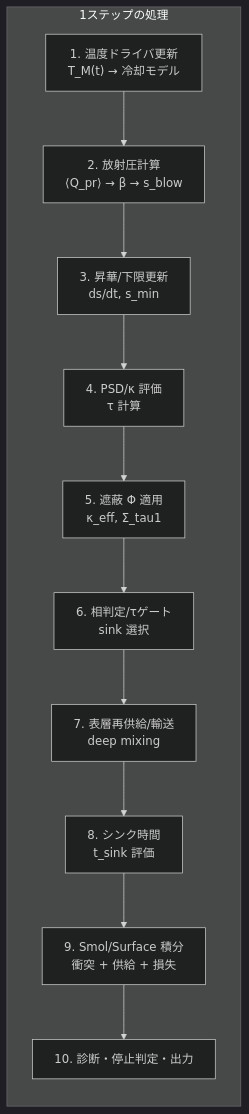
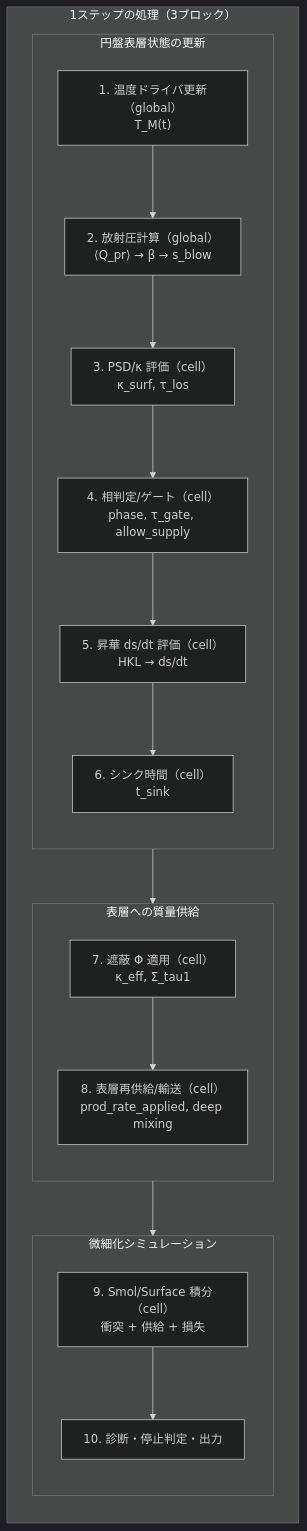
The second of 8 diagrams in analysis/thesis/methods.md (Einfeld686/MarsDiskSimulation), drawn with Mermaid (dark theme) before and after one commit. The commit also changed other lines of this file and 7 other files, not shown here.

Commit message:
docs(thesis): refine methods flow and run_sweep tables

````diff
--- a/analysis/thesis/methods.md
+++ b/analysis/thesis/methods.md
@@ -291,20 +292,30 @@
 ```mermaid
 flowchart LR
-    subgraph STEP["1ステップの処理"]
+    subgraph STEP["1ステップの処理（3ブロック）"]
         direction TB
-        
-        S1["1. 温度ドライバ更新<br/>T_M(t) → 冷却モデル"]
-        S2["2. 放射圧計算<br/>⟨Q_pr⟩ → β → s_blow"]
-        S3["3. 昇華/下限更新<br/>ds/dt, s_min"]
-        S4["4. PSD/κ 評価<br/>τ 計算"]
-        S5["5. 遮蔽 Φ 適用<br/>κ_eff, Σ_tau1"]
-        S6["6. 相判定/τゲート<br/>sink 選択"]
-        S7["7. 表層再供給/輸送<br/>deep mixing"]
-        S8["8. シンク時間<br/>t_sink 評価"]
-        S9["9. Smol/Surface 積分<br/>衝突 + 供給 + 損失"]
-        S10["10. 診断・停止判定・出力"]
-        
-        S1 --> S2 --> S3 --> S4 --> S5
-        S5 --> S6 --> S7 --> S8 --> S9 --> S10
+
+        subgraph A["円盤表層状態の更新"]
+            direction TB
+            S1["1. 温度ドライバ更新（global）<br/>T_M(t)"]
+            S2["2. 放射圧計算（global）<br/>⟨Q_pr⟩ → β → s_blow"]
+            S3["3. PSD/κ 評価（cell）<br/>κ_surf, τ_los"]
+            S4["4. 相判定/ゲート（cell）<br/>phase, τ_gate, allow_supply"]
+            S5["5. 昇華 ds/dt 評価（cell）<br/>HKL → ds/dt"]
+            S6["6. シンク時間（cell）<br/>t_sink"]
+        end
+
+        subgraph B["表層への質量供給"]
+            direction TB
+            S7["7. 遮蔽 Φ 適用（cell）<br/>κ_eff, Σ_tau1"]
+            S8["8. 表層再供給/輸送（cell）<br/>prod_rate_applied, deep mixing"]
+        end
+
+        subgraph C["微細化シミュレーション"]
+            direction TB
+            S9["9. Smol/Surface 積分（cell）<br/>衝突 + 供給 + 損失"]
+            S10["10. 診断・停止判定・出力"]
+        end
+
+        S1 --> S2 --> S3 --> S4 --> S5 --> S6 --> S7 --> S8 --> S9 --> S10
     end
 ```
````
